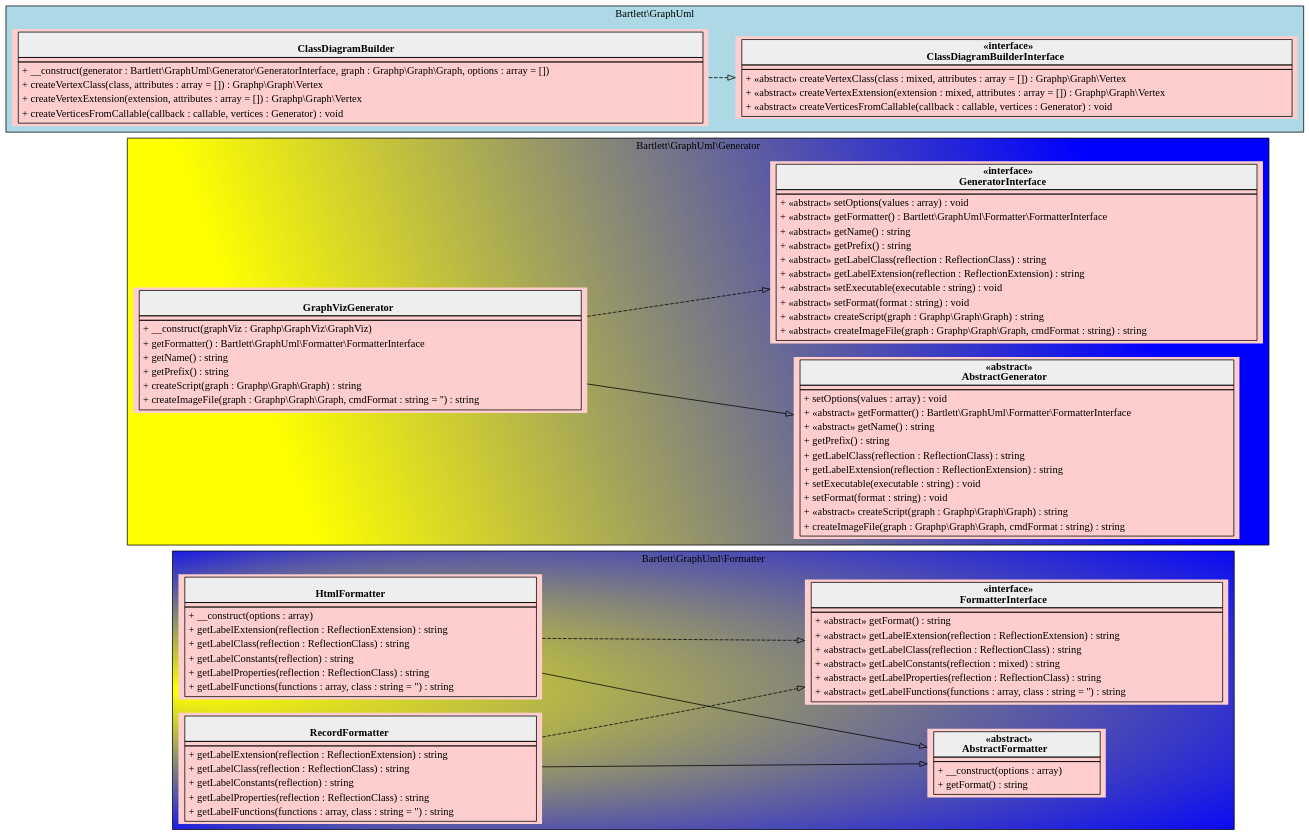
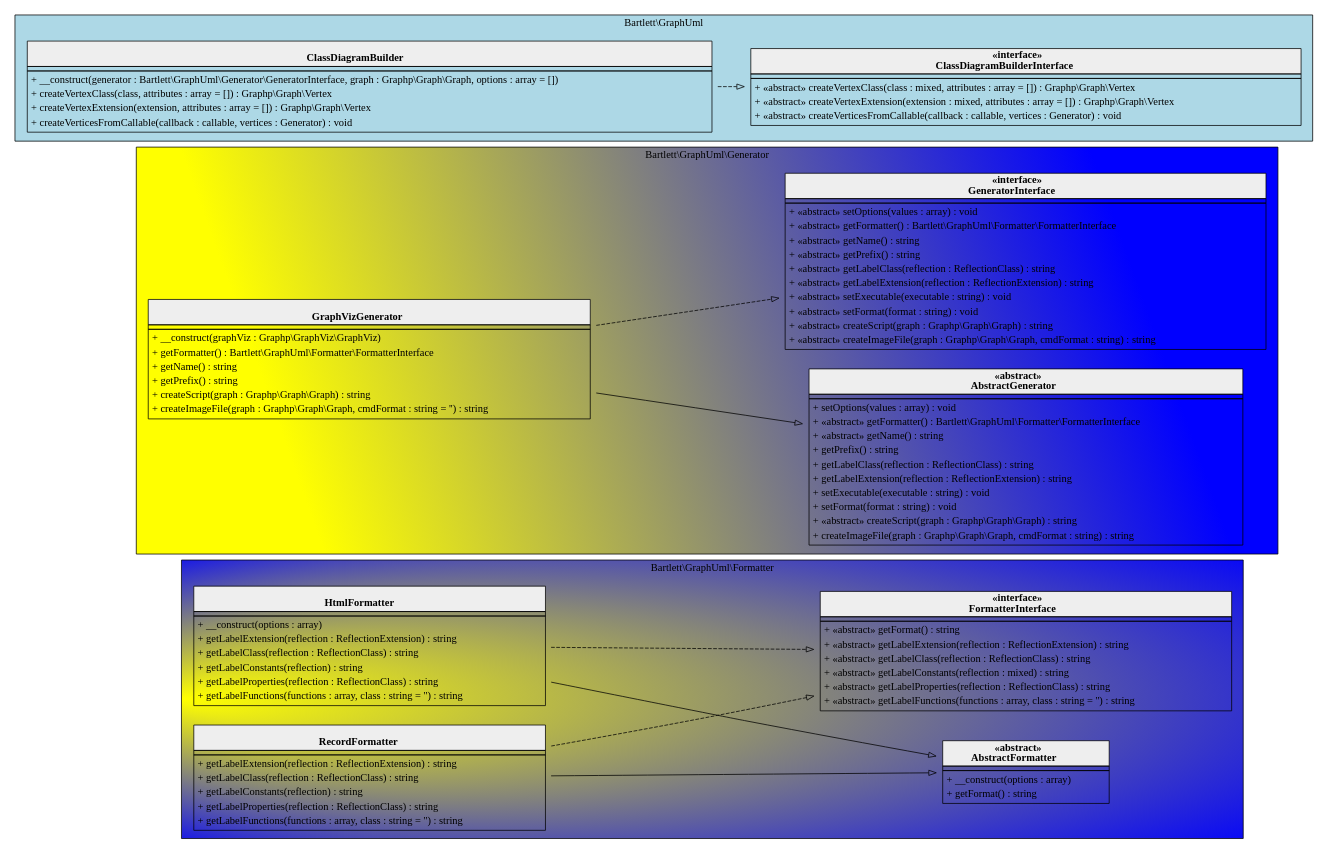
One commit to llaville/graph-uml changed the diagram in 1.4/assets/images/application.html.gv. Above: the diagram before and after it, drawn with Graphviz. The commit also changed 18 other files, not shown here.

```diff
--- a/1.4/assets/images/application.html.gv
+++ b/1.4/assets/images/application.html.gv
@@ -1,138 +1,137 @@
 digraph {
-  graph [rankdir="LR" bgcolor="transparent"]
-  node [fillcolor="#FECECE" style="filled"]
+  graph [rankdir="LR"]
   subgraph cluster_0 {
     graph [style="radial" fillcolor="yellow:blue" gradientangle=180]
     label = "Bartlett\\GraphUml\\Formatter"
     "Bartlett\\GraphUml\\Formatter\\HtmlFormatter" [shape="none" label=<
 <table cellspacing="0" border="0" cellborder="1">
     <tr><td bgcolor="#eeeeee"><b><br/>HtmlFormatter</b></td></tr>
     <tr><td></td></tr>
     <tr><td><table border="0" cellspacing="0" cellpadding="2">
     <tr><td align="left">+ __construct(options : array)</td></tr>
     <tr><td align="left">+ getLabelExtension(reflection : ReflectionExtension) : string</td></tr>
     <tr><td align="left">+ getLabelClass(reflection : ReflectionClass) : string</td></tr>
     <tr><td align="left">+ getLabelConstants(reflection) : string</td></tr>
     <tr><td align="left">+ getLabelProperties(reflection : ReflectionClass) : string</td></tr>
     <tr><td align="left">+ getLabelFunctions(functions : array, class : string = '') : string</td></tr>
 </table></td></tr>
 </table>>]
     "Bartlett\\GraphUml\\Formatter\\AbstractFormatter" [shape="none" label=<
 <table cellspacing="0" border="0" cellborder="1">
     <tr><td bgcolor="#eeeeee"><b>«abstract»<br/>AbstractFormatter</b></td></tr>
     <tr><td></td></tr>
     <tr><td><table border="0" cellspacing="0" cellpadding="2">
     <tr><td align="left">+ __construct(options : array)</td></tr>
     <tr><td align="left">+ getFormat() : string</td></tr>
 </table></td></tr>
 </table>>]
     "Bartlett\\GraphUml\\Formatter\\FormatterInterface" [shape="none" label=<
 <table cellspacing="0" border="0" cellborder="1">
     <tr><td bgcolor="#eeeeee"><b>«interface»<br/>FormatterInterface</b></td></tr>
     <tr><td></td></tr>
     <tr><td><table border="0" cellspacing="0" cellpadding="2">
     <tr><td align="left">+ «abstract» getFormat() : string</td></tr>
     <tr><td align="left">+ «abstract» getLabelExtension(reflection : ReflectionExtension) : string</td></tr>
     <tr><td align="left">+ «abstract» getLabelClass(reflection : ReflectionClass) : string</td></tr>
     <tr><td align="left">+ «abstract» getLabelConstants(reflection : mixed) : string</td></tr>
     <tr><td align="left">+ «abstract» getLabelProperties(reflection : ReflectionClass) : string</td></tr>
     <tr><td align="left">+ «abstract» getLabelFunctions(functions : array, class : string = '') : string</td></tr>
 </table></td></tr>
 </table>>]
     "Bartlett\\GraphUml\\Formatter\\RecordFormatter" [shape="none" label=<
 <table cellspacing="0" border="0" cellborder="1">
     <tr><td bgcolor="#eeeeee"><b><br/>RecordFormatter</b></td></tr>
     <tr><td></td></tr>
     <tr><td><table border="0" cellspacing="0" cellpadding="2">
     <tr><td align="left">+ getLabelExtension(reflection : ReflectionExtension) : string</td></tr>
     <tr><td align="left">+ getLabelClass(reflection : ReflectionClass) : string</td></tr>
     <tr><td align="left">+ getLabelConstants(reflection) : string</td></tr>
     <tr><td align="left">+ getLabelProperties(reflection : ReflectionClass) : string</td></tr>
     <tr><td align="left">+ getLabelFunctions(functions : array, class : string = '') : string</td></tr>
 </table></td></tr>
 </table>>]
   }
   subgraph cluster_1 {
     graph [style="filled" fillcolor="yellow:blue" gradientangle=45]
     label = "Bartlett\\GraphUml\\Generator"
     "Bartlett\\GraphUml\\Generator\\GraphVizGenerator" [shape="none" label=<
 <table cellspacing="0" border="0" cellborder="1">
     <tr><td bgcolor="#eeeeee"><b><br/>GraphVizGenerator</b></td></tr>
     <tr><td></td></tr>
     <tr><td><table border="0" cellspacing="0" cellpadding="2">
     <tr><td align="left">+ __construct(graphViz : Graphp\\GraphViz\\GraphViz)</td></tr>
     <tr><td align="left">+ getFormatter() : Bartlett\\GraphUml\\Formatter\\FormatterInterface</td></tr>
     <tr><td align="left">+ getName() : string</td></tr>
     <tr><td align="left">+ getPrefix() : string</td></tr>
     <tr><td align="left">+ createScript(graph : Graphp\\Graph\\Graph) : string</td></tr>
     <tr><td align="left">+ createImageFile(graph : Graphp\\Graph\\Graph, cmdFormat : string = '') : string</td></tr>
 </table></td></tr>
 </table>>]
     "Bartlett\\GraphUml\\Generator\\AbstractGenerator" [shape="none" label=<
 <table cellspacing="0" border="0" cellborder="1">
     <tr><td bgcolor="#eeeeee"><b>«abstract»<br/>AbstractGenerator</b></td></tr>
     <tr><td></td></tr>
     <tr><td><table border="0" cellspacing="0" cellpadding="2">
     <tr><td align="left">+ setOptions(values : array) : void</td></tr>
     <tr><td align="left">+ «abstract» getFormatter() : Bartlett\\GraphUml\\Formatter\\FormatterInterface</td></tr>
     <tr><td align="left">+ «abstract» getName() : string</td></tr>
     <tr><td align="left">+ getPrefix() : string</td></tr>
     <tr><td align="left">+ getLabelClass(reflection : ReflectionClass) : string</td></tr>
     <tr><td align="left">+ getLabelExtension(reflection : ReflectionExtension) : string</td></tr>
     <tr><td align="left">+ setExecutable(executable : string) : void</td></tr>
     <tr><td align="left">+ setFormat(format : string) : void</td></tr>
     <tr><td align="left">+ «abstract» createScript(graph : Graphp\\Graph\\Graph) : string</td></tr>
     <tr><td align="left">+ createImageFile(graph : Graphp\\Graph\\Graph, cmdFormat : string) : string</td></tr>
 </table></td></tr>
 </table>>]
     "Bartlett\\GraphUml\\Generator\\GeneratorInterface" [shape="none" label=<
 <table cellspacing="0" border="0" cellborder="1">
     <tr><td bgcolor="#eeeeee"><b>«interface»<br/>GeneratorInterface</b></td></tr>
     <tr><td></td></tr>
     <tr><td><table border="0" cellspacing="0" cellpadding="2">
     <tr><td align="left">+ «abstract» setOptions(values : array) : void</td></tr>
     <tr><td align="left">+ «abstract» getFormatter() : Bartlett\\GraphUml\\Formatter\\FormatterInterface</td></tr>
     <tr><td align="left">+ «abstract» getName() : string</td></tr>
     <tr><td align="left">+ «abstract» getPrefix() : string</td></tr>
     <tr><td align="left">+ «abstract» getLabelClass(reflection : ReflectionClass) : string</td></tr>
     <tr><td align="left">+ «abstract» getLabelExtension(reflection : ReflectionExtension) : string</td></tr>
     <tr><td align="left">+ «abstract» setExecutable(executable : string) : void</td></tr>
     <tr><td align="left">+ «abstract» setFormat(format : string) : void</td></tr>
     <tr><td align="left">+ «abstract» createScript(graph : Graphp\\Graph\\Graph) : string</td></tr>
     <tr><td align="left">+ «abstract» createImageFile(graph : Graphp\\Graph\\Graph, cmdFormat : string) : string</td></tr>
 </table></td></tr>
 </table>>]
   }
   subgraph cluster_2 {
     graph [bgcolor="lightblue"]
     label = "Bartlett\\GraphUml"
     "Bartlett\\GraphUml\\ClassDiagramBuilder" [shape="none" label=<
 <table cellspacing="0" border="0" cellborder="1">
     <tr><td bgcolor="#eeeeee"><b><br/>ClassDiagramBuilder</b></td></tr>
     <tr><td></td></tr>
     <tr><td><table border="0" cellspacing="0" cellpadding="2">
     <tr><td align="left">+ __construct(generator : Bartlett\\GraphUml\\Generator\\GeneratorInterface, graph : Graphp\\Graph\\Graph, options : array = [])</td></tr>
     <tr><td align="left">+ createVertexClass(class, attributes : array = []) : Graphp\\Graph\\Vertex</td></tr>
     <tr><td align="left">+ createVertexExtension(extension, attributes : array = []) : Graphp\\Graph\\Vertex</td></tr>
     <tr><td align="left">+ createVerticesFromCallable(callback : callable, vertices : Generator) : void</td></tr>
 </table></td></tr>
 </table>>]
     "Bartlett\\GraphUml\\ClassDiagramBuilderInterface" [shape="none" label=<
 <table cellspacing="0" border="0" cellborder="1">
     <tr><td bgcolor="#eeeeee"><b>«interface»<br/>ClassDiagramBuilderInterface</b></td></tr>
     <tr><td></td></tr>
     <tr><td><table border="0" cellspacing="0" cellpadding="2">
     <tr><td align="left">+ «abstract» createVertexClass(class : mixed, attributes : array = []) : Graphp\\Graph\\Vertex</td></tr>
     <tr><td align="left">+ «abstract» createVertexExtension(extension : mixed, attributes : array = []) : Graphp\\Graph\\Vertex</td></tr>
     <tr><td align="left">+ «abstract» createVerticesFromCallable(callback : callable, vertices : Generator) : void</td></tr>
 </table></td></tr>
 </table>>]
   }
   "Bartlett\\GraphUml\\Formatter\\HtmlFormatter" -> "Bartlett\\GraphUml\\Formatter\\AbstractFormatter" [arrowhead="empty" style="filled"]
   "Bartlett\\GraphUml\\Formatter\\HtmlFormatter" -> "Bartlett\\GraphUml\\Formatter\\FormatterInterface" [arrowhead="empty" style="dashed"]
   "Bartlett\\GraphUml\\Formatter\\RecordFormatter" -> "Bartlett\\GraphUml\\Formatter\\AbstractFormatter" [arrowhead="empty" style="filled"]
   "Bartlett\\GraphUml\\Formatter\\RecordFormatter" -> "Bartlett\\GraphUml\\Formatter\\FormatterInterface" [arrowhead="empty" style="dashed"]
   "Bartlett\\GraphUml\\Generator\\GraphVizGenerator" -> "Bartlett\\GraphUml\\Generator\\AbstractGenerator" [arrowhead="empty" style="filled"]
   "Bartlett\\GraphUml\\Generator\\GraphVizGenerator" -> "Bartlett\\GraphUml\\Generator\\GeneratorInterface" [arrowhead="empty" style="dashed"]
   "Bartlett\\GraphUml\\ClassDiagramBuilder" -> "Bartlett\\GraphUml\\ClassDiagramBuilderInterface" [arrowhead="empty" style="dashed"]
 }
```
